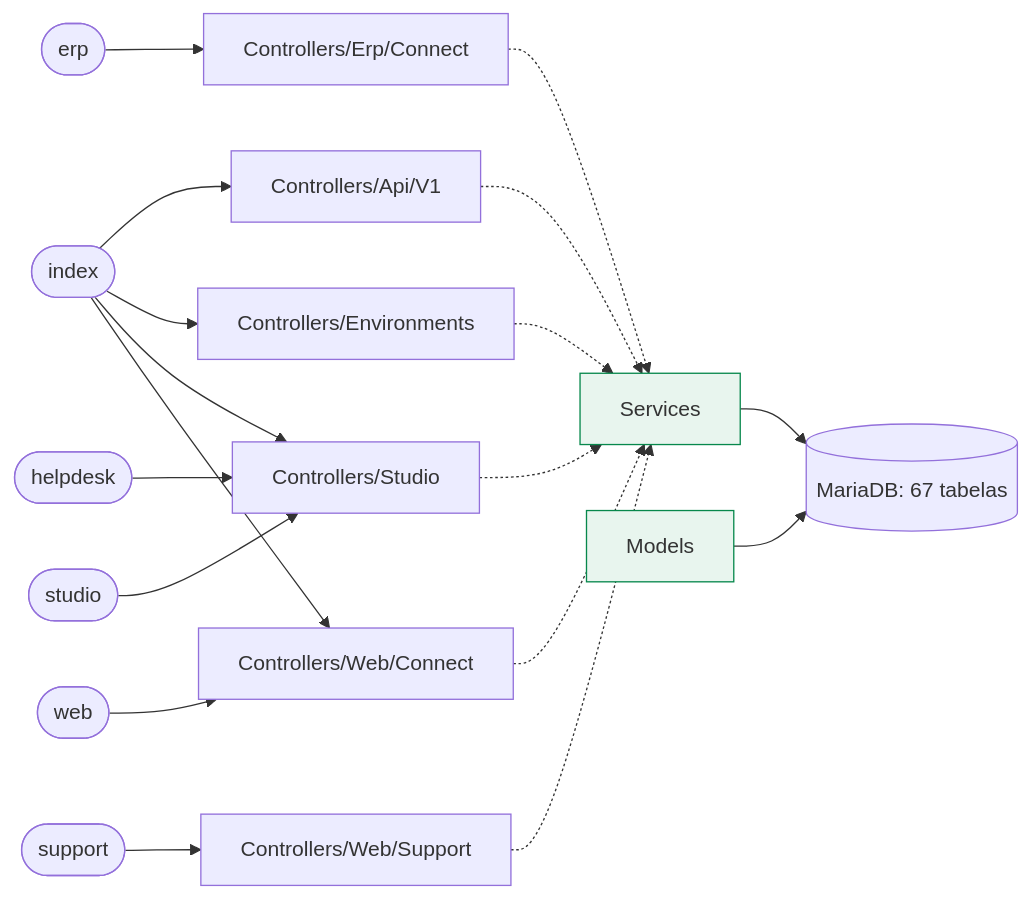
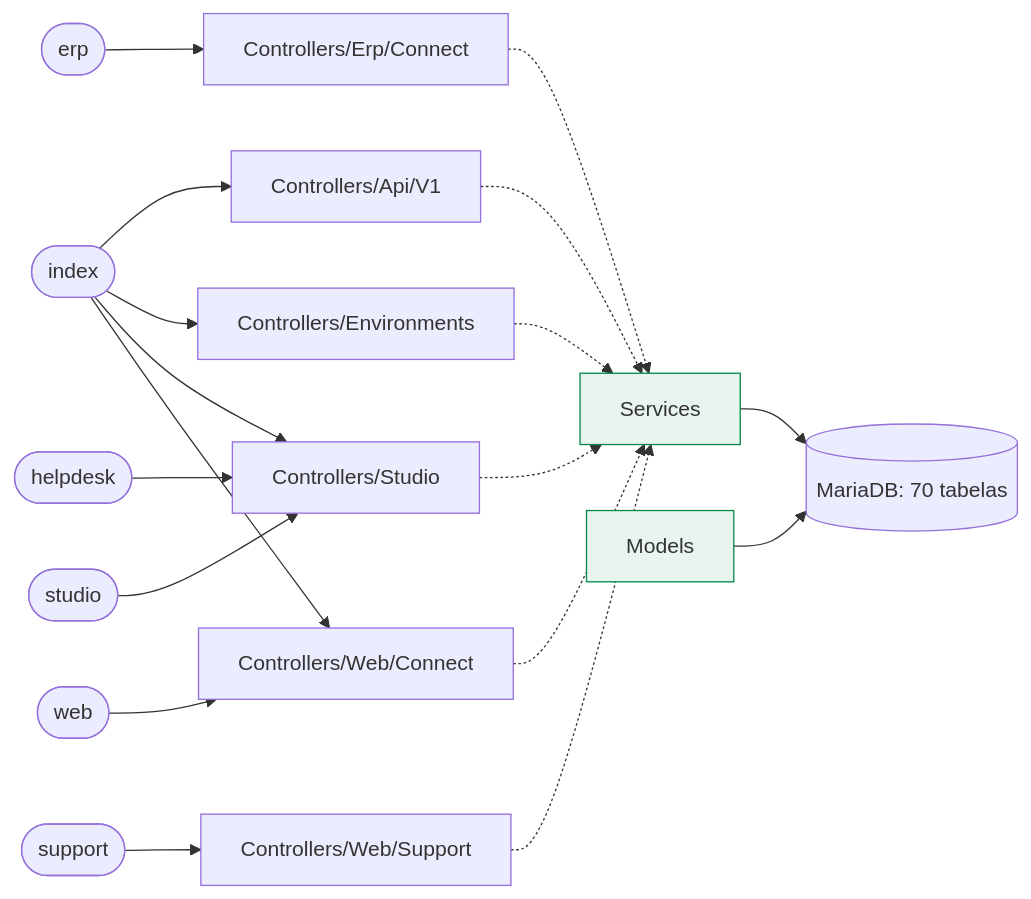
One commit to djalmamartins/connect-erp changed the first of 2 diagrams in docs/map/README.md. Above: the diagram before and after it, drawn with Mermaid. The commit also changed other lines of this file and 1 other file, not shown here.

````diff
--- a/docs/map/README.md
+++ b/docs/map/README.md
@@ -13,30 +13,30 @@
 ```mermaid
 flowchart LR
   env_erp(["erp"])
   env_erp --> pkg_Controllers_Erp_Connect["Controllers/Erp/Connect"]
   env_helpdesk(["helpdesk"])
   env_helpdesk --> pkg_Controllers_Studio["Controllers/Studio"]
   env_index(["index"])
   env_index --> pkg_Controllers_Api_V1["Controllers/Api/V1"]
   env_index --> pkg_Controllers_Environments["Controllers/Environments"]
   env_index --> pkg_Controllers_Studio["Controllers/Studio"]
   env_index --> pkg_Controllers_Web_Connect["Controllers/Web/Connect"]
   env_studio(["studio"])
   env_studio --> pkg_Controllers_Studio["Controllers/Studio"]
   env_support(["support"])
   env_support --> pkg_Controllers_Web_Support["Controllers/Web/Support"]
   env_web(["web"])
   env_web --> pkg_Controllers_Web_Connect["Controllers/Web/Connect"]
   pkg_svc["Services"]:::svc
   pkg_mdl["Models"]:::svc
-  db[("MariaDB: 67 tabelas")]
+  db[("MariaDB: 70 tabelas")]
   pkg_Controllers_Api_V1 -.-> pkg_svc
   pkg_Controllers_Environments -.-> pkg_svc
   pkg_Controllers_Erp_Connect -.-> pkg_svc
   pkg_Controllers_Studio -.-> pkg_svc
   pkg_Controllers_Web_Connect -.-> pkg_svc
   pkg_Controllers_Web_Support -.-> pkg_svc
   pkg_svc --> db
   pkg_mdl --> db
   classDef svc fill:#e8f5ee,stroke:#07884c
 ```
````
